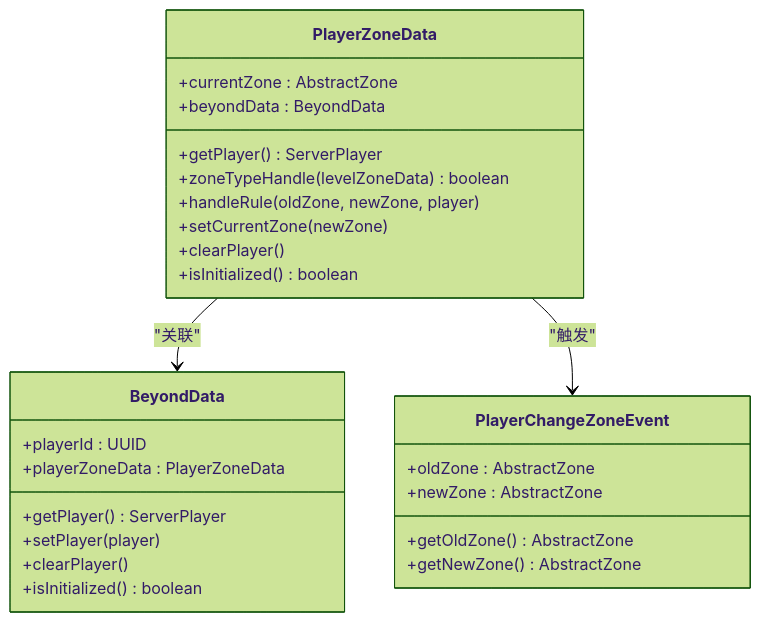
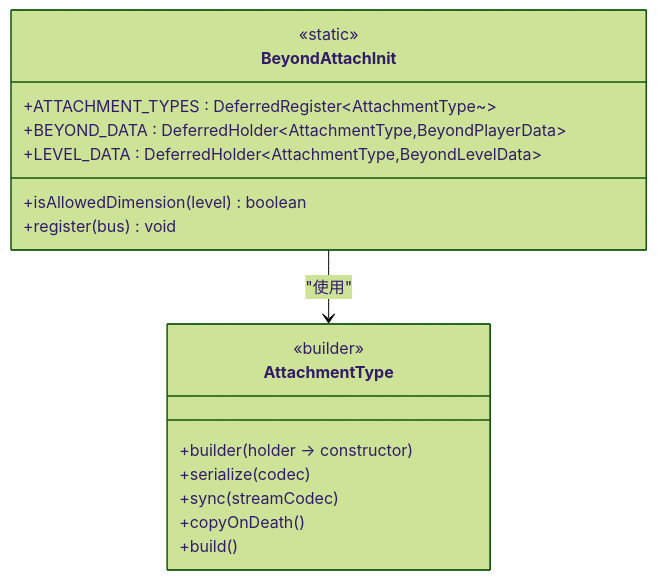
The third of 11 diagrams in .qoder/repowiki/zh/content/模块架构/Beyond安全区模块/Beyond安全区模块.md (Ver-shift/SubModulesGeneHunter), drawn with Mermaid (forest theme) before and after one commit. The commit also changed other lines of this file and 61 other files, not shown here.

````diff
--- a/.qoder/repowiki/zh/content/模块架构/Beyond安全区模块/Beyond安全区模块.md
+++ b/.qoder/repowiki/zh/content/模块架构/Beyond安全区模块/Beyond安全区模块.md
@@ -303,29 +190,20 @@
 ```mermaid
 classDiagram
-class PlayerZoneData {
-+currentZone : AbstractZone
-+beyondData : BeyondData
-+getPlayer() ServerPlayer
-+zoneTypeHandle(levelZoneData) boolean
-+handleRule(oldZone, newZone, player)
-+setCurrentZone(newZone)
-+clearPlayer()
-+isInitialized() boolean
+class BeyondAttachInit {
+<<static>>
++ATTACHMENT_TYPES : DeferredRegister~AttachmentType~~
++BEYOND_DATA : DeferredHolder~AttachmentType,BeyondPlayerData~
++LEVEL_DATA : DeferredHolder~AttachmentType,BeyondLevelData~
++isAllowedDimension(level) boolean
++register(bus) void
 }
-class BeyondData {
-+playerId : UUID
-+playerZoneData : PlayerZoneData
-+getPlayer() ServerPlayer
-+setPlayer(player)
-+clearPlayer()
-+isInitialized() boolean
+class AttachmentType {
+<<builder>>
++builder(holder -> constructor)
++serialize(codec)
++sync(streamCodec)
++copyOnDeath()
++build()
 }
-class PlayerChangeZoneEvent {
-+oldZone : AbstractZone
-+newZone : AbstractZone
-+getOldZone() AbstractZone
-+getNewZone() AbstractZone
-}
-PlayerZoneData --> BeyondData : "关联"
-PlayerZoneData --> PlayerChangeZoneEvent : "触发"
+BeyondAttachInit --> AttachmentType : "使用"
 ```
````
